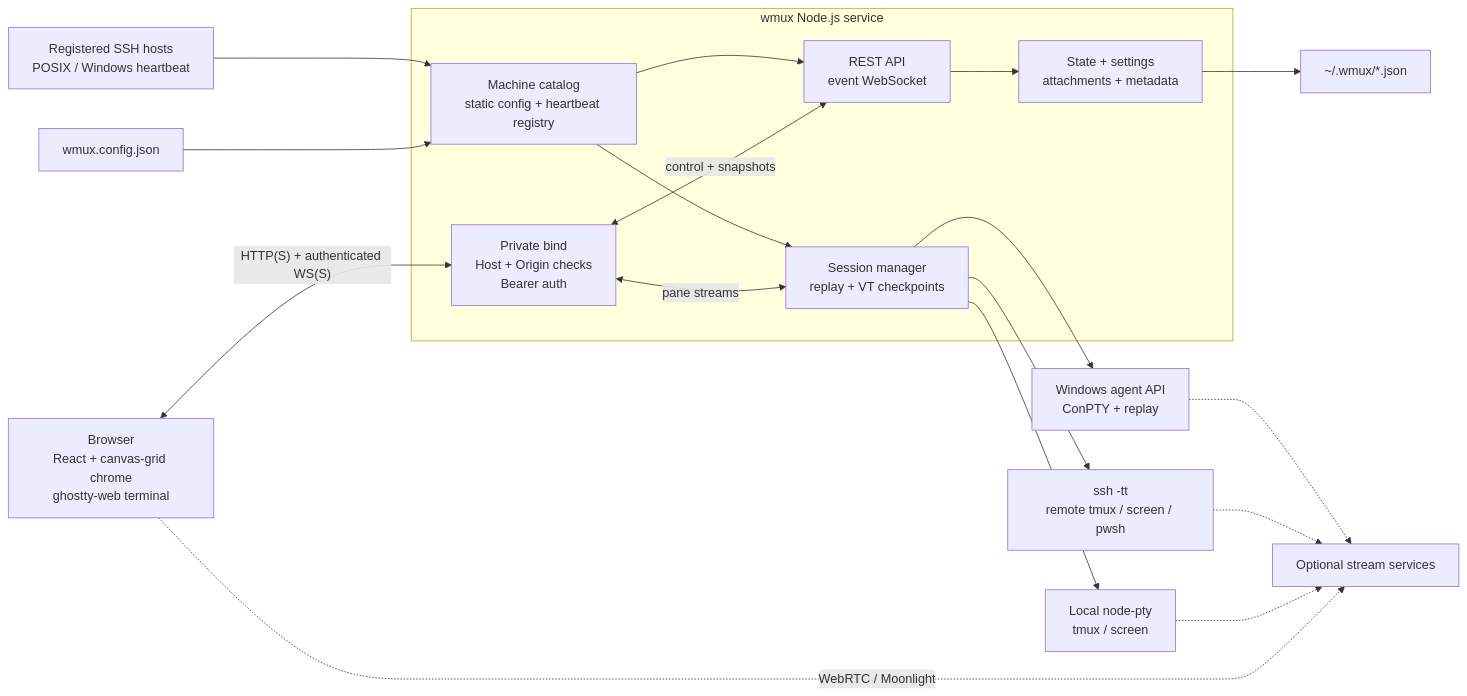
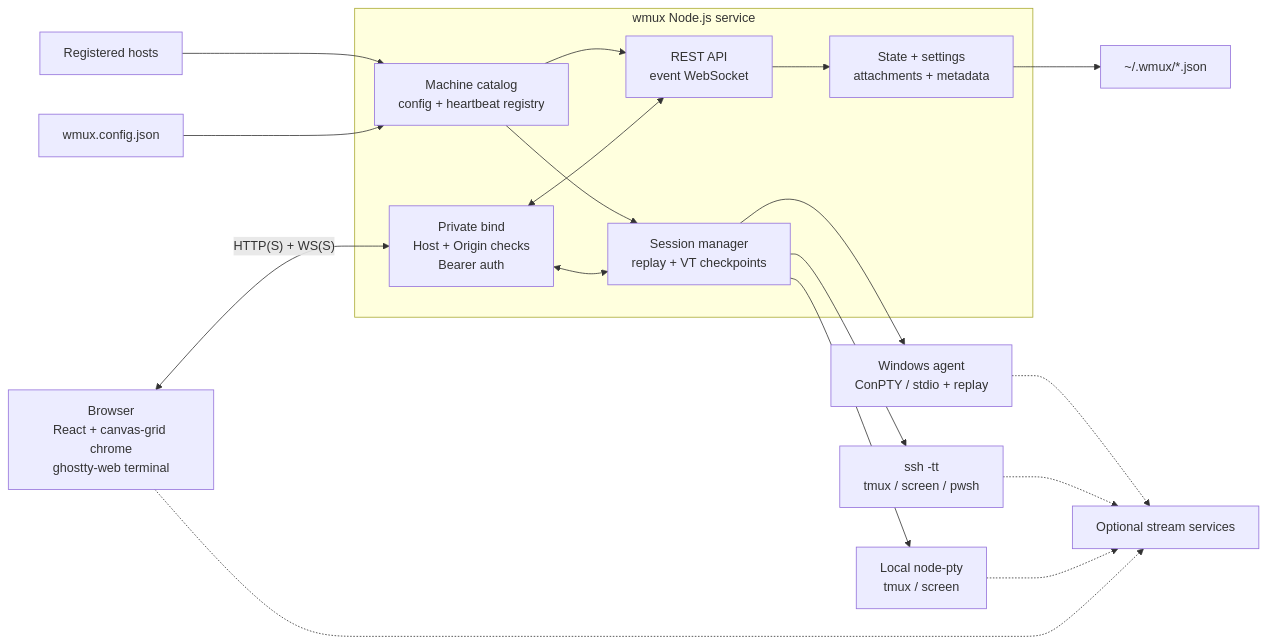
Before and after one commit to gisenberg/wmux: the diagram in README.md, drawn with Mermaid. The commit also changed other lines of this file and 2 other files, not shown here.

````diff
--- a/README.md
+++ b/README.md
@@ -40,32 +34,32 @@
 ```mermaid
 flowchart LR
   Browser["Browser<br/>React + canvas-grid chrome<br/>ghostty-web terminal"]
 
   subgraph Server["wmux Node.js service"]
     Boundary["Private bind<br/>Host + Origin checks<br/>Bearer auth"]
     Control["REST API<br/>event WebSocket"]
     Sessions["Session manager<br/>replay + VT checkpoints"]
-    Catalog["Machine catalog<br/>static config + heartbeat registry"]
+    Catalog["Machine catalog<br/>config + heartbeat registry"]
     Stores["State + settings<br/>attachments + metadata"]
   end
 
-  Browser <-->|"HTTP(S) + authenticated WS(S)"| Boundary
-  Boundary <-->|"control + snapshots"| Control
-  Boundary <-->|"pane streams"| Sessions
+  Browser <-->|"HTTP(S) + WS(S)"| Boundary
+  Boundary <--> Control
+  Boundary <--> Sessions
   Catalog --> Control
   Catalog --> Sessions
   Control --> Stores
 
   Config["wmux.config.json"] --> Catalog
-  Heartbeats["Registered SSH hosts<br/>POSIX / Windows heartbeat"] --> Catalog
+  Heartbeats["Registered hosts"] --> Catalog
   Stores --> Disk["~/.wmux/*.json"]
 
   Sessions --> Local["Local node-pty<br/>tmux / screen"]
-  Sessions --> SSH["ssh -tt<br/>remote tmux / screen / pwsh"]
-  Sessions --> WinAgent["Windows agent API<br/>ConPTY + replay"]
+  Sessions --> SSH["ssh -tt<br/>tmux / screen / pwsh"]
+  Sessions --> WinAgent["Windows agent<br/>ConPTY / stdio + replay"]
 
-  Browser -.->|"WebRTC / Moonlight"| Streams["Optional stream services"]
+  Browser -.-> Streams["Optional stream services"]
   Local -.-> Streams
   SSH -.-> Streams
   WinAgent -.-> Streams
 ```
````
